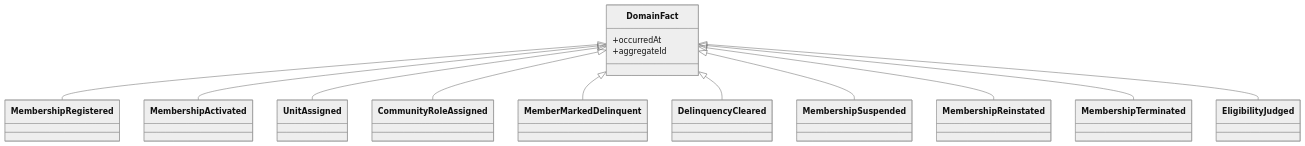
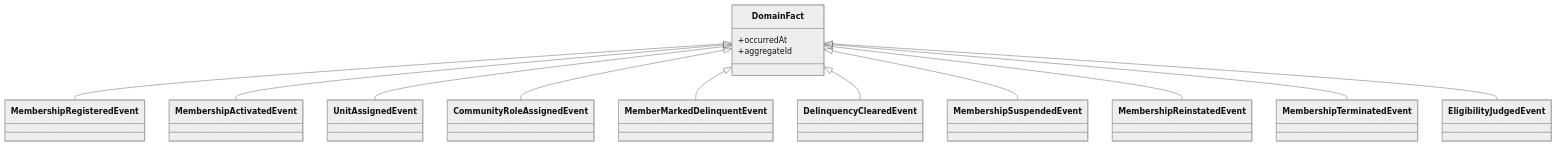
One commit to Morocoders-Arq-9056/votochain-api-backend changed the third of 3 diagrams in docs/Bounded Contexts/membership/domain-model.md. Above: the diagram before and after it, drawn with Mermaid (neutral theme). The commit also changed other lines of this file and 20 other files, not shown here.

````diff
--- a/docs/Bounded Contexts/membership/domain-model.md
+++ b/docs/Bounded Contexts/membership/domain-model.md
@@ -217,17 +217,17 @@
 ```mermaid
 classDiagram
     class DomainFact {
         +occurredAt
         +aggregateId
     }
-    DomainFact <|-- MembershipRegistered
-    DomainFact <|-- MembershipActivated
-    DomainFact <|-- UnitAssigned
-    DomainFact <|-- CommunityRoleAssigned
-    DomainFact <|-- MemberMarkedDelinquent
-    DomainFact <|-- DelinquencyCleared
-    DomainFact <|-- MembershipSuspended
-    DomainFact <|-- MembershipReinstated
-    DomainFact <|-- MembershipTerminated
-    DomainFact <|-- EligibilityJudged
+    DomainFact <|-- MembershipRegisteredEvent
+    DomainFact <|-- MembershipActivatedEvent
+    DomainFact <|-- UnitAssignedEvent
+    DomainFact <|-- CommunityRoleAssignedEvent
+    DomainFact <|-- MemberMarkedDelinquentEvent
+    DomainFact <|-- DelinquencyClearedEvent
+    DomainFact <|-- MembershipSuspendedEvent
+    DomainFact <|-- MembershipReinstatedEvent
+    DomainFact <|-- MembershipTerminatedEvent
+    DomainFact <|-- EligibilityJudgedEvent
 ```
````
